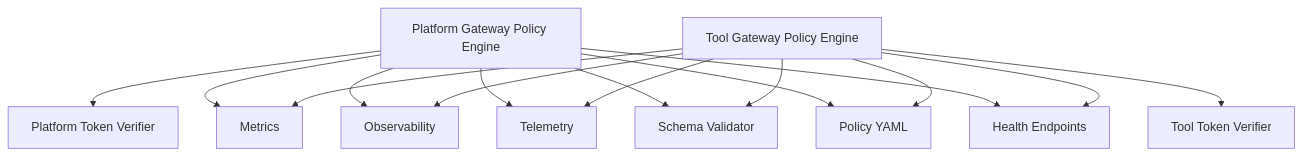
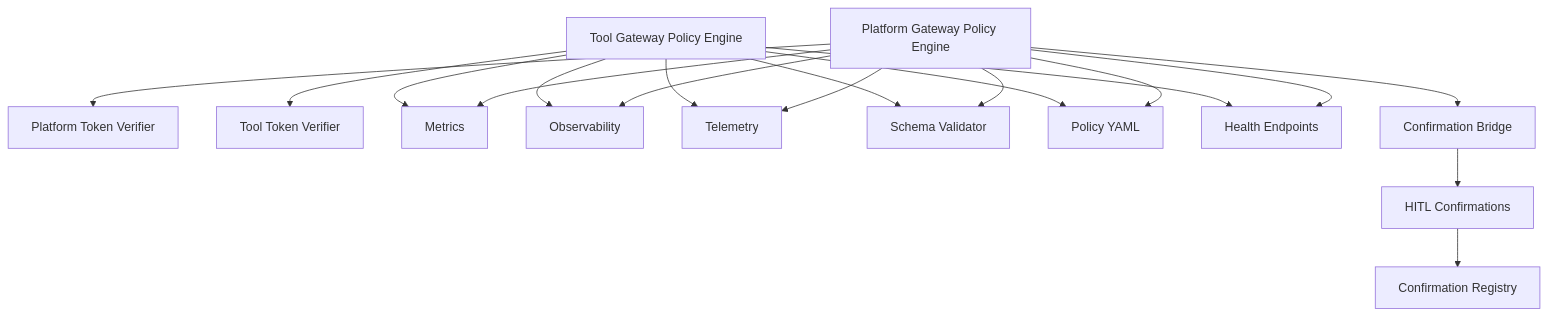
One commit to metasync/luban-aiops changed the fourth of 4 diagrams in .qoder/repowiki/en/content/Tool Gateway Service/Policy Engine and Enforcement.md. Above: the diagram before and after it, drawn with Mermaid. The commit also changed other lines of this file and 7 other files, not shown here.

````diff
--- a/.qoder/repowiki/en/content/Tool Gateway Service/Policy Engine and Enforcement.md
+++ b/.qoder/repowiki/en/content/Tool Gateway Service/Policy Engine and Enforcement.md
@@ -339,17 +416,20 @@
 ```mermaid
 graph TB
 PG_PE["Platform Gateway Policy Engine"] --> PG_TV["Platform Token Verifier"]
 TG_PE["Tool Gateway Policy Engine"] --> TG_TV["Tool Token Verifier"]
 PG_PE --> MET["Metrics"]
 TG_PE --> MET
 PG_PE --> OBS["Observability"]
 TG_PE --> OBS
 PG_PE --> TEL["Telemetry"]
 TG_PE --> TEL
 PG_PE --> SCHEMA["Schema Validator"]
 TG_PE --> SCHEMA
 PG_PE --> YAML["Policy YAML"]
 TG_PE --> YAML
 PG_PE --> HEALTH["Health Endpoints"]
 TG_PE --> HEALTH
+PG_PE --> CB["Confirmation Bridge"]
+CB --> HITL["HITL Confirmations"]
+HITL --> REGISTRY["Confirmation Registry"]
 ```
````
